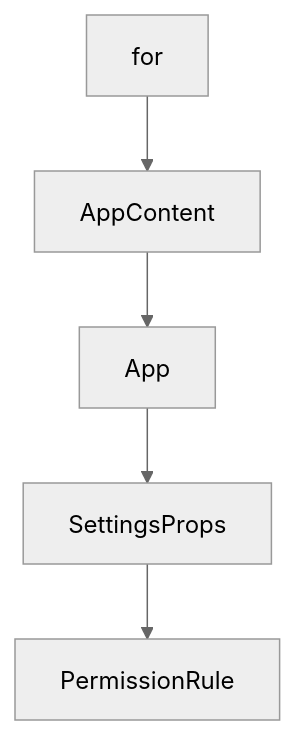
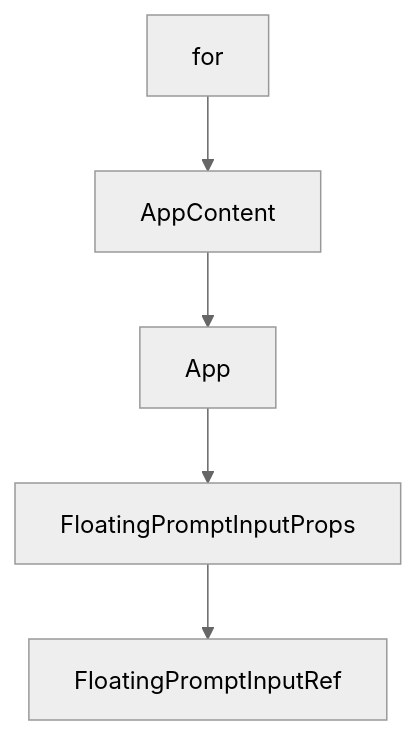
The diagram in tutorials/opcode-tutorial/01-getting-started.md (johnxie/awesome-code-docs), drawn with Mermaid (neutral theme) before and after one commit. The commit also changed other lines of this file and 1232 other files, not shown here.

````diff
--- a/tutorials/opcode-tutorial/01-getting-started.md
+++ b/tutorials/opcode-tutorial/01-getting-started.md
@@ -224,12 +222,12 @@
 ```mermaid
 flowchart TD
     A[for]
     B[AppContent]
     C[App]
-    D[SettingsProps]
-    E[PermissionRule]
+    D[FloatingPromptInputProps]
+    E[FloatingPromptInputRef]
     A --> B
     B --> C
     C --> D
     D --> E
 ```
````
